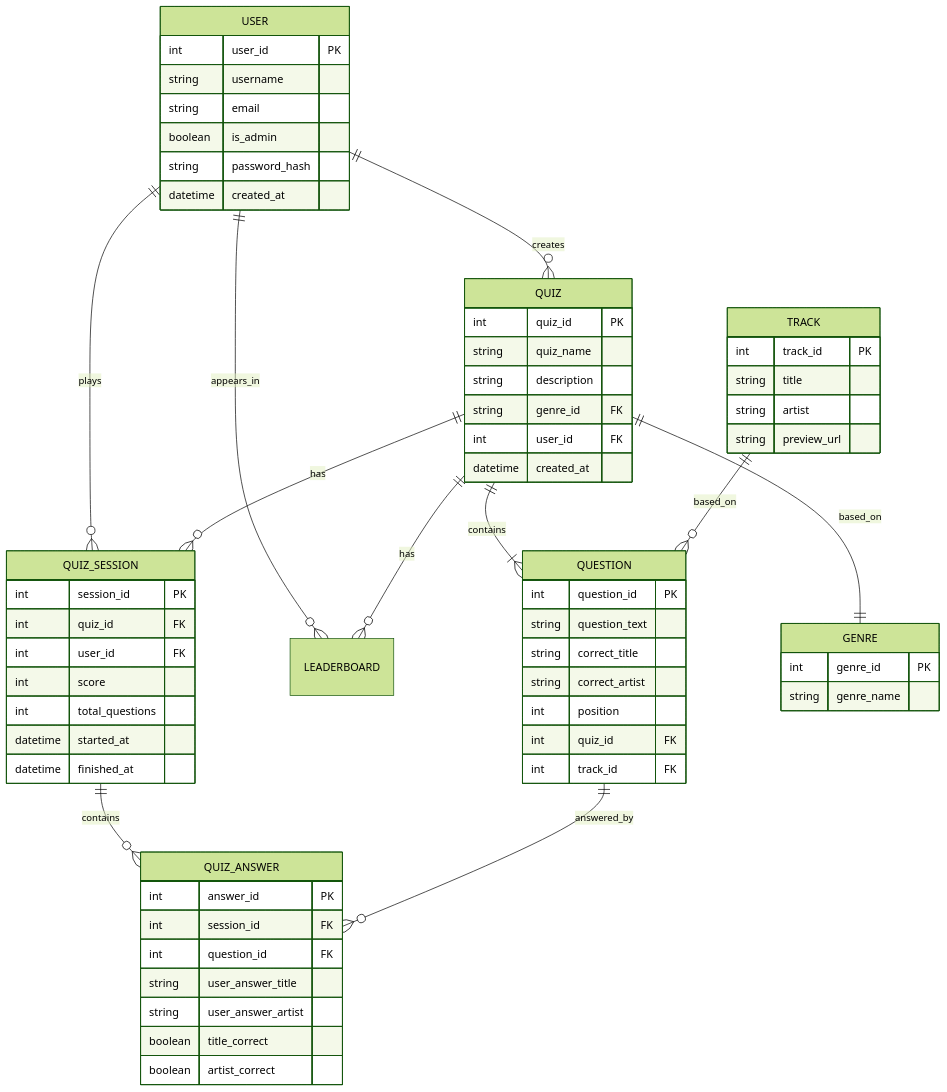
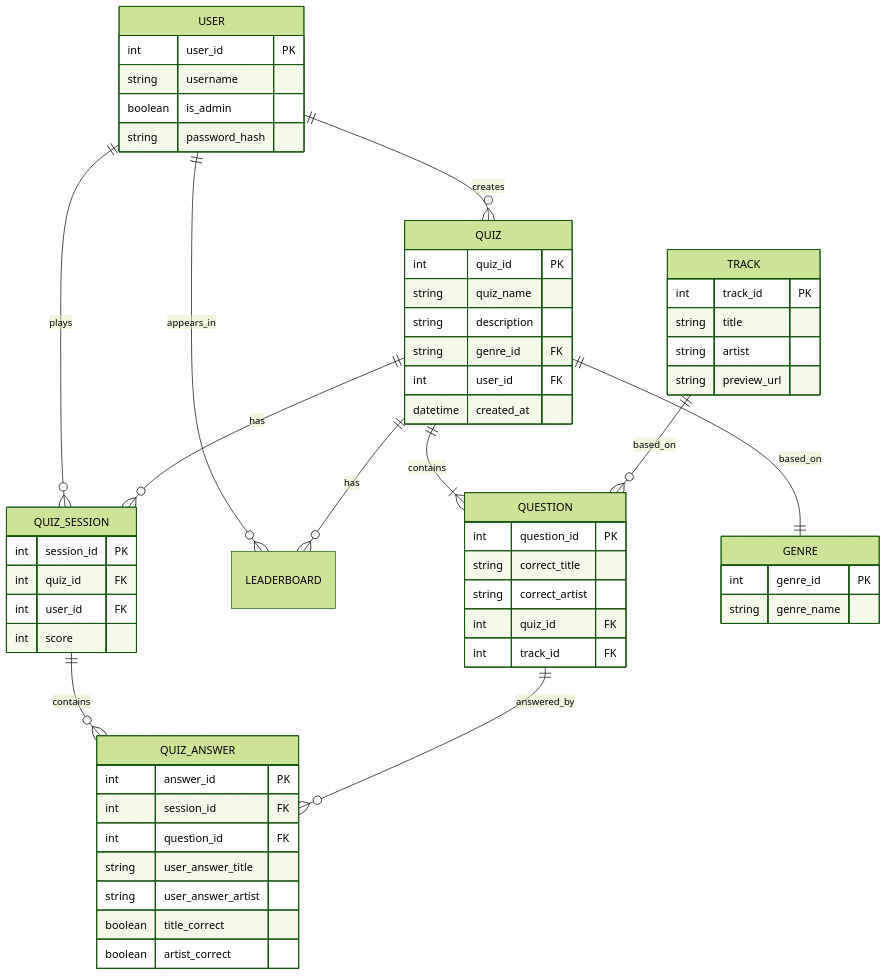
Before and after one commit to paull2906/FSWB: the diagram in docs/02-data-model.md, drawn with Mermaid (forest theme). The commit also changed 9 other files, not shown here.

````diff
--- a/docs/02-data-model.md
+++ b/docs/02-data-model.md
@@ -16,75 +16,69 @@
 ```mermaid
 
 erDiagram
     USER ||--o{ QUIZ_SESSION : plays
     USER ||--o{ LEADERBOARD : appears_in
     QUIZ ||--o{ QUIZ_SESSION : has
     QUIZ_SESSION ||--o{ QUIZ_ANSWER: contains
     USER ||--o{ QUIZ : creates
     QUIZ ||--o{ LEADERBOARD : has
     QUIZ ||--|{ QUESTION : contains
     QUIZ ||--|| GENRE : based_on
     TRACK ||--o{ QUESTION : based_on
     QUESTION ||--o{ QUIZ_ANSWER : answered_by
     
     
     USER {
         int user_id PK
         string username
-        string email
         boolean is_admin
         string password_hash
-        datetime created_at
-    }
+        }
 
     QUIZ {
         int quiz_id PK
         string quiz_name
         string description
         string genre_id FK
         int user_id FK
         datetime created_at
       }
 
     QUIZ_SESSION {
         int session_id PK
         int quiz_id FK
         int user_id FK
         int score
-        int total_questions
-        datetime started_at
-        datetime finished_at
     }
 
     TRACK {
         int track_id PK
         string title
         string artist
         string preview_url
     }
 
     GENRE {
         int genre_id PK
         string genre_name 
     }
 
+
     QUESTION {
         int question_id PK
-        string question_text
         string correct_title
         string correct_artist
-        int position
         int quiz_id FK
         int track_id FK
     }    
 
   QUIZ_ANSWER {
     int answer_id PK
     int session_id FK
     int question_id FK
     string user_answer_title
     string user_answer_artist
     boolean title_correct
     boolean artist_correct
 }
 ```
````
